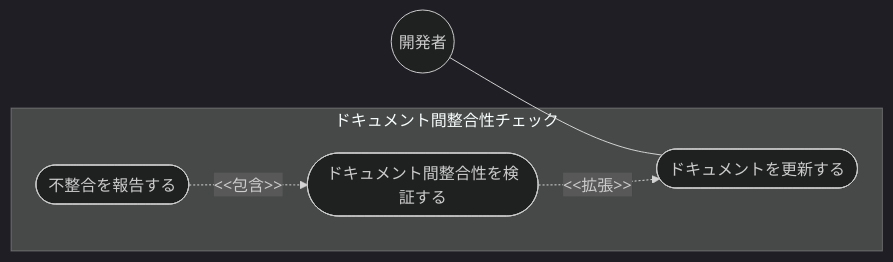
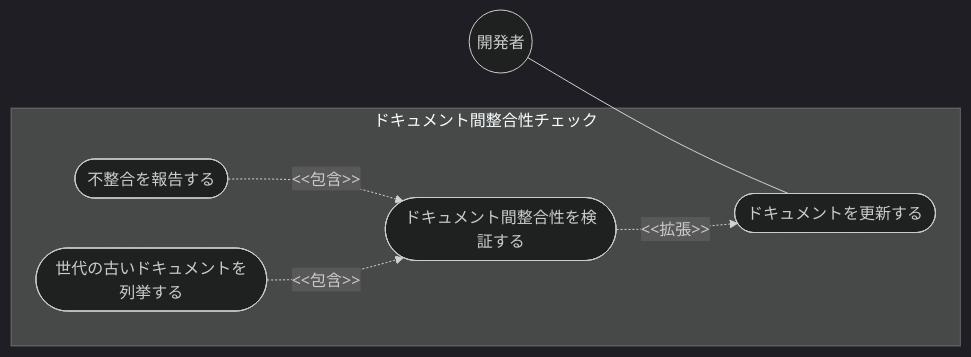
One commit to ToshikiImagawa/ai-sdd-workflow-dev changed the first of 2 diagrams in .sdd/requirement/quality-guardrails/doc-consistency-check.md. Above: the diagram before and after it, drawn with Mermaid. The commit also changed other lines of this file and 22 other files, not shown here.

````diff
--- a/.sdd/requirement/quality-guardrails/doc-consistency-check.md
+++ b/.sdd/requirement/quality-guardrails/doc-consistency-check.md
@@ -39,15 +39,17 @@
 ```mermaid
 %%{init: {'theme': 'dark'}}%%
 flowchart LR
     Developer((開発者))
 
     subgraph DocConsistencyCheck["ドキュメント間整合性チェック"]
         UpdateDoc([ドキュメントを更新する])
         CheckDocs([ドキュメント間整合性を検証する])
         ReportInconsistency([不整合を報告する])
+        ListStaleGeneration([世代の古いドキュメントを列挙する])
     end
 
     Developer --- UpdateDoc
     CheckDocs -.->|"<<拡張>>"| UpdateDoc
     ReportInconsistency -.->|"<<包含>>"| CheckDocs
+    ListStaleGeneration -.->|"<<包含>>"| CheckDocs
 ```
````
